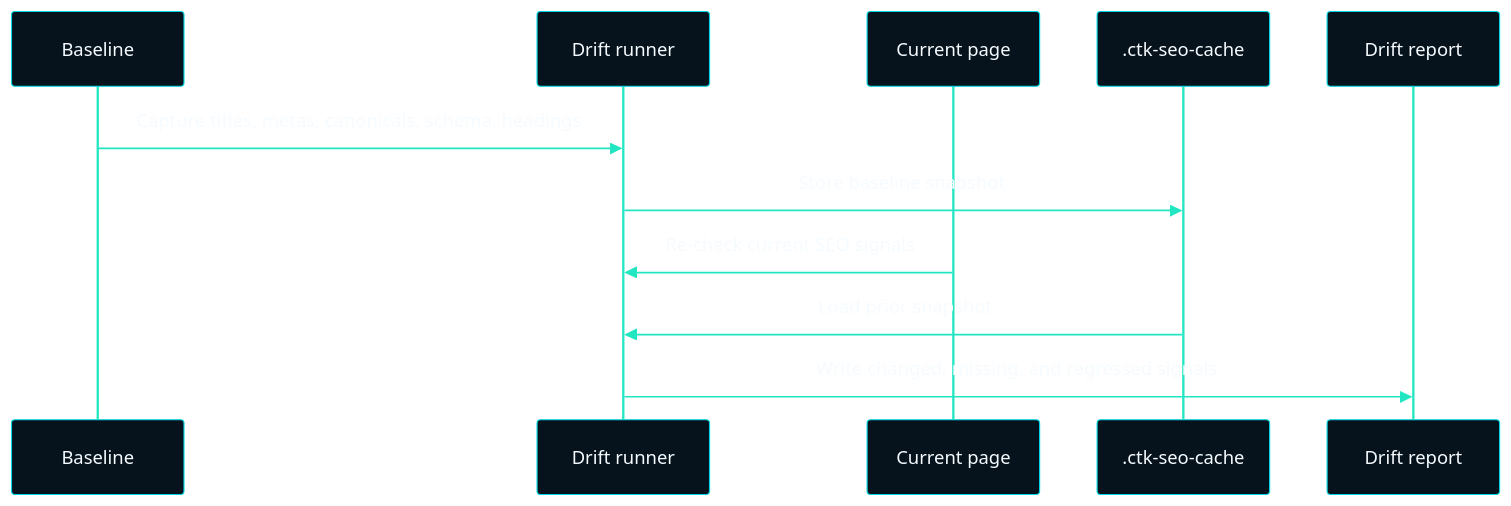
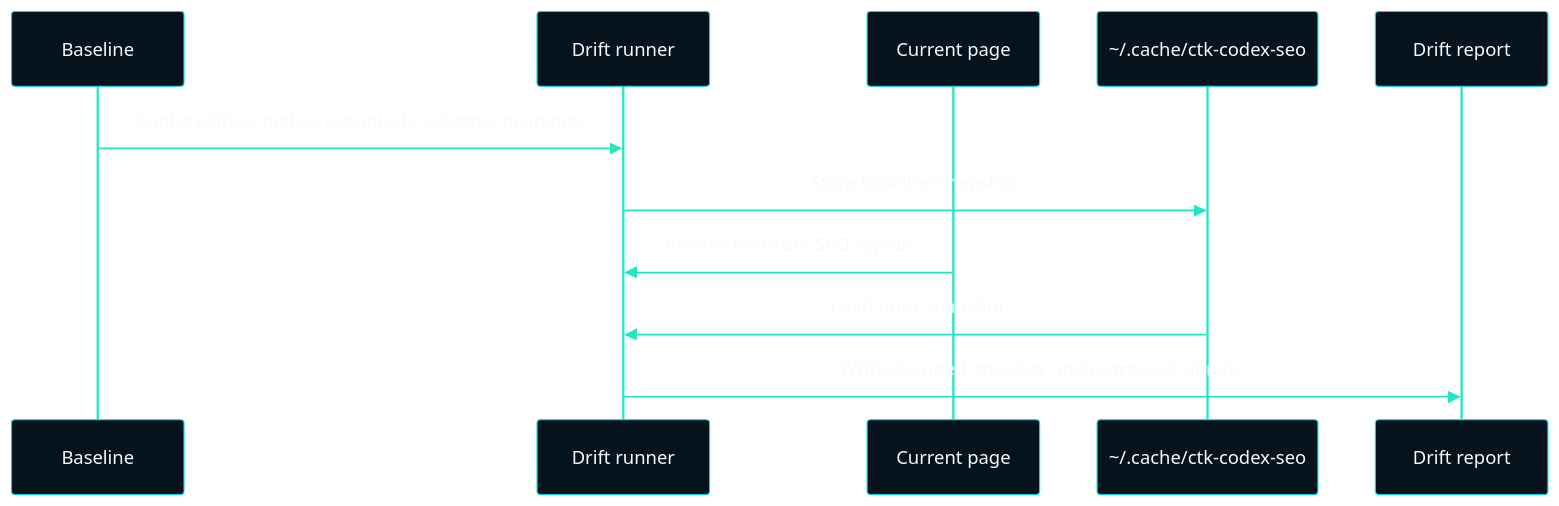
The third of 6 diagrams in README.md (ctkadvisors/codex-seo), drawn with Mermaid before and after one commit. The commit also changed other lines of this file and 76 other files, not shown here.

````diff
--- a/README.md
+++ b/README.md
@@ -253,14 +250,14 @@
 ```mermaid
 %%{init: {"theme":"base","themeVariables":{"background":"#05080d","primaryColor":"#07131c","primaryTextColor":"#f5fbff","primaryBorderColor":"#00d7e6","lineColor":"#00d7e6","actorBkg":"#07131c","actorBorder":"#00d7e6","actorTextColor":"#f5fbff","actorLineColor":"#21e6c1","signalColor":"#21e6c1","signalTextColor":"#f5fbff","labelBoxBkgColor":"#10151a","labelTextColor":"#f5fbff","noteBkgColor":"#10151a","noteTextColor":"#f5fbff","activationBkgColor":"#06222a","activationBorderColor":"#ff9f1c","fontFamily":"Inter, ui-sans-serif, system-ui, sans-serif"}}}%%
 sequenceDiagram
   participant Before as Baseline
   participant Runner as Drift runner
   participant After as Current page
-  participant Cache as .ctk-seo-cache
+  participant Cache as ~/.cache/ctk-codex-seo
   participant Report as Drift report
   Before->>Runner: Capture titles, metas, canonicals, schema, headings
   Runner->>Cache: Store baseline snapshot
   After->>Runner: Re-check current SEO signals
   Cache->>Runner: Load prior snapshot
   Runner->>Report: Write changed, missing, and regressed signals
 ```
````
